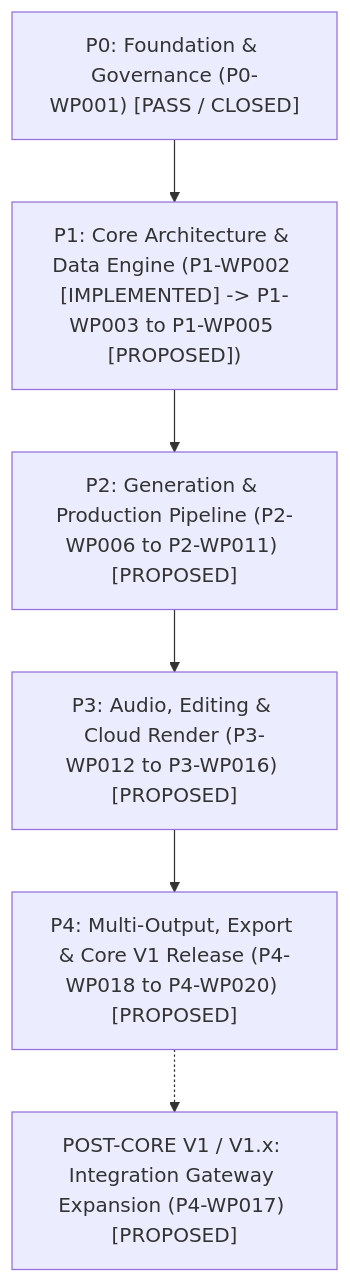
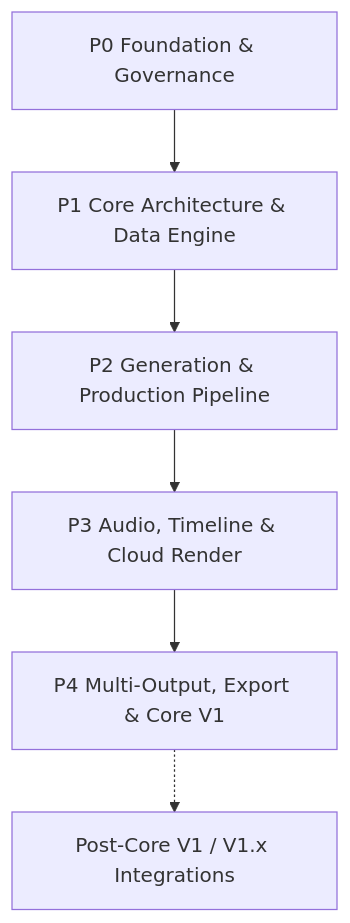
One commit to rebootob/Orbis-Video-Studio-AI changed the diagram in project-docs/40_DELIVERY/WORK_PACKAGES.md. Above: the diagram before and after it, drawn with Mermaid. The commit also changed other lines of this file, not shown here.

Commit message:
docs: refresh roadmap and WP008 proposal routing

````diff
--- a/project-docs/40_DELIVERY/WORK_PACKAGES.md
+++ b/project-docs/40_DELIVERY/WORK_PACKAGES.md
@@ -20,8 +11,8 @@
 ```mermaid
 graph TD
-    P0["P0: Foundation & Governance (P0-WP001) [PASS / CLOSED]"] --> P1["P1: Core Architecture & Data Engine (P1-WP002 [IMPLEMENTED] -> P1-WP003 to P1-WP005 [PROPOSED])"]
-    P1 --> P2["P2: Generation & Production Pipeline (P2-WP006 to P2-WP011) [PROPOSED]"]
-    P2 --> P3["P3: Audio, Editing & Cloud Render (P3-WP012 to P3-WP016) [PROPOSED]"]
-    P3 --> P4["P4: Multi-Output, Export & Core V1 Release (P4-WP018 to P4-WP020) [PROPOSED]"]
-    P4 -.-> P1x["POST-CORE V1 / V1.x: Integration Gateway Expansion (P4-WP017) [PROPOSED]"]
+    P0["P0 Foundation & Governance"] --> P1["P1 Core Architecture & Data Engine"]
+    P1 --> P2["P2 Generation & Production Pipeline"]
+    P2 --> P3["P3 Audio, Timeline & Cloud Render"]
+    P3 --> P4["P4 Multi-Output, Export & Core V1"]
+    P4 -.-> PX["Post-Core V1 / V1.x Integrations"]
 ```
````
